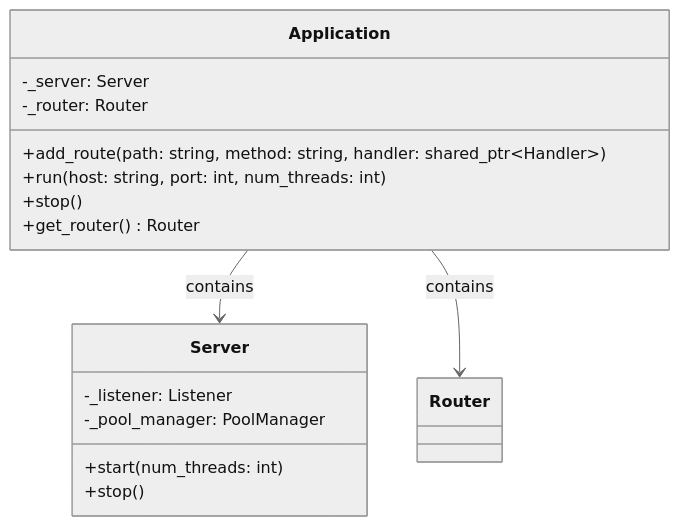
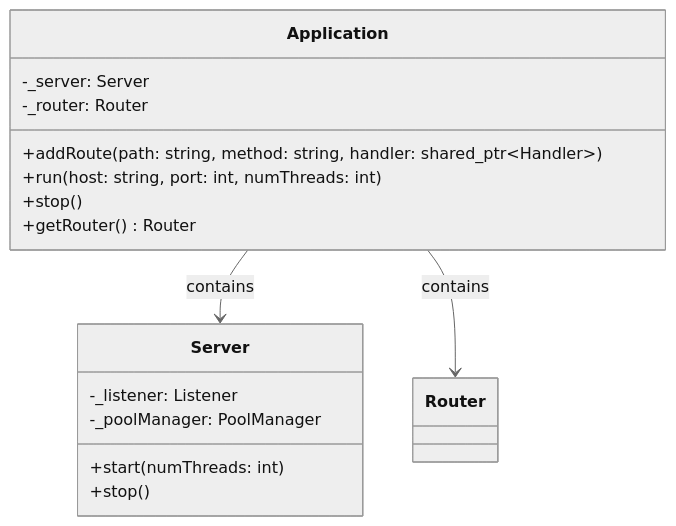
One commit to etib-corp/fion changed the first of 10 diagrams in ARCHITECTURE.md. Above: the diagram before and after it, drawn with Mermaid (neutral theme). The commit also changed other lines of this file and 45 other files, not shown here.

Commit message:
Feat: Implement new architecture

````diff
--- a/ARCHITECTURE.md
+++ b/ARCHITECTURE.md
@@ -11,21 +11,21 @@
 ```mermaid
 classDiagram
     class Application {
         -_server: Server
         -_router: Router
-        +add_route(path: string, method: string, handler: shared_ptr~Handler~)
-        +run(host: string, port: int, num_threads: int)
+        +addRoute(path: string, method: string, handler: shared_ptr~Handler~)
+        +run(host: string, port: int, numThreads: int)
         +stop()
-        +get_router() Router
+        +getRouter() Router
     }
 
     class Server {
         -_listener: Listener
-        -_pool_manager: PoolManager
-        +start(num_threads: int)
+        -_poolManager: PoolManager
+        +start(numThreads: int)
         +stop()
     }
 
     Application --> Server : contains
     Application --> Router : contains
 ```
````
